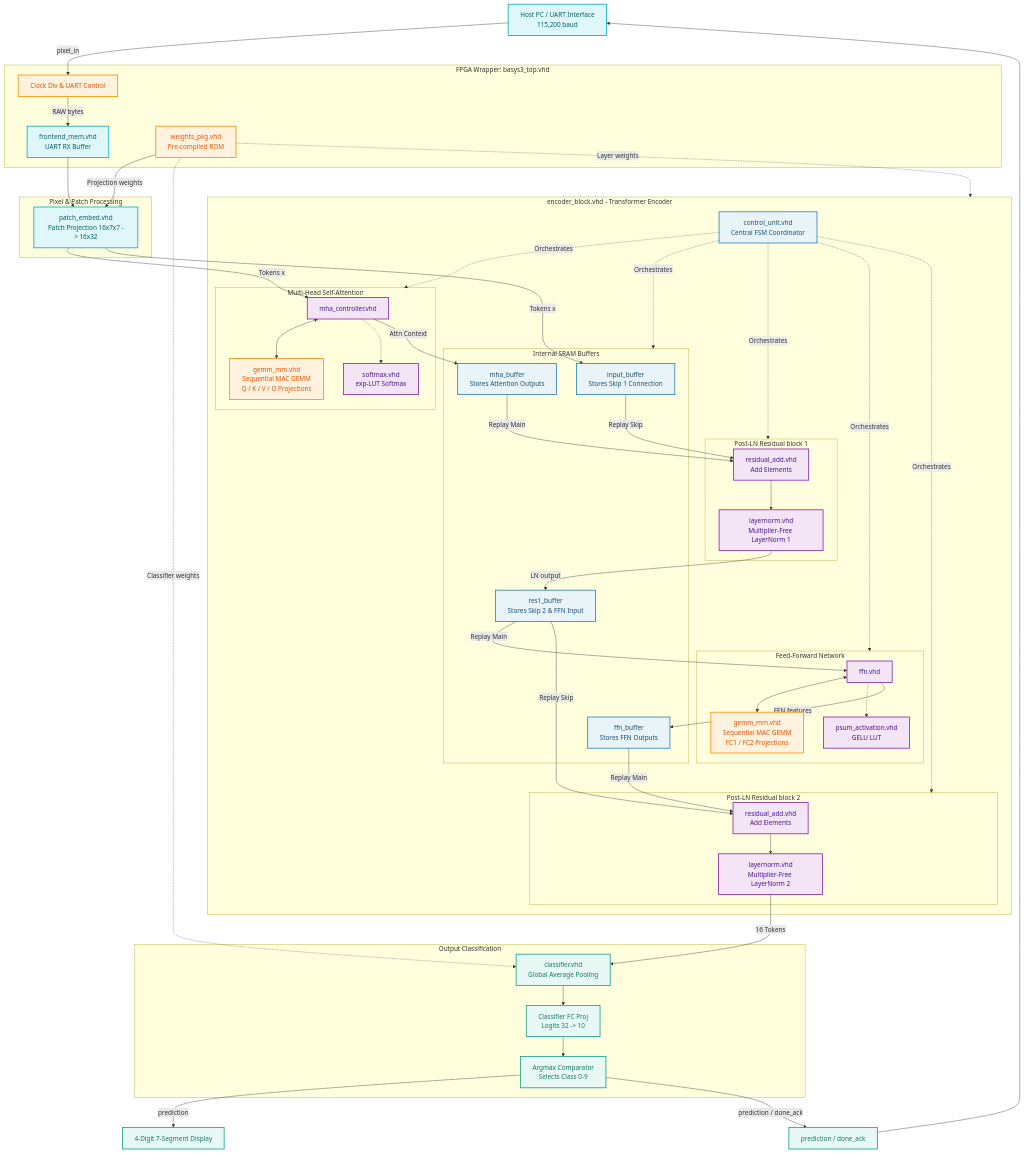
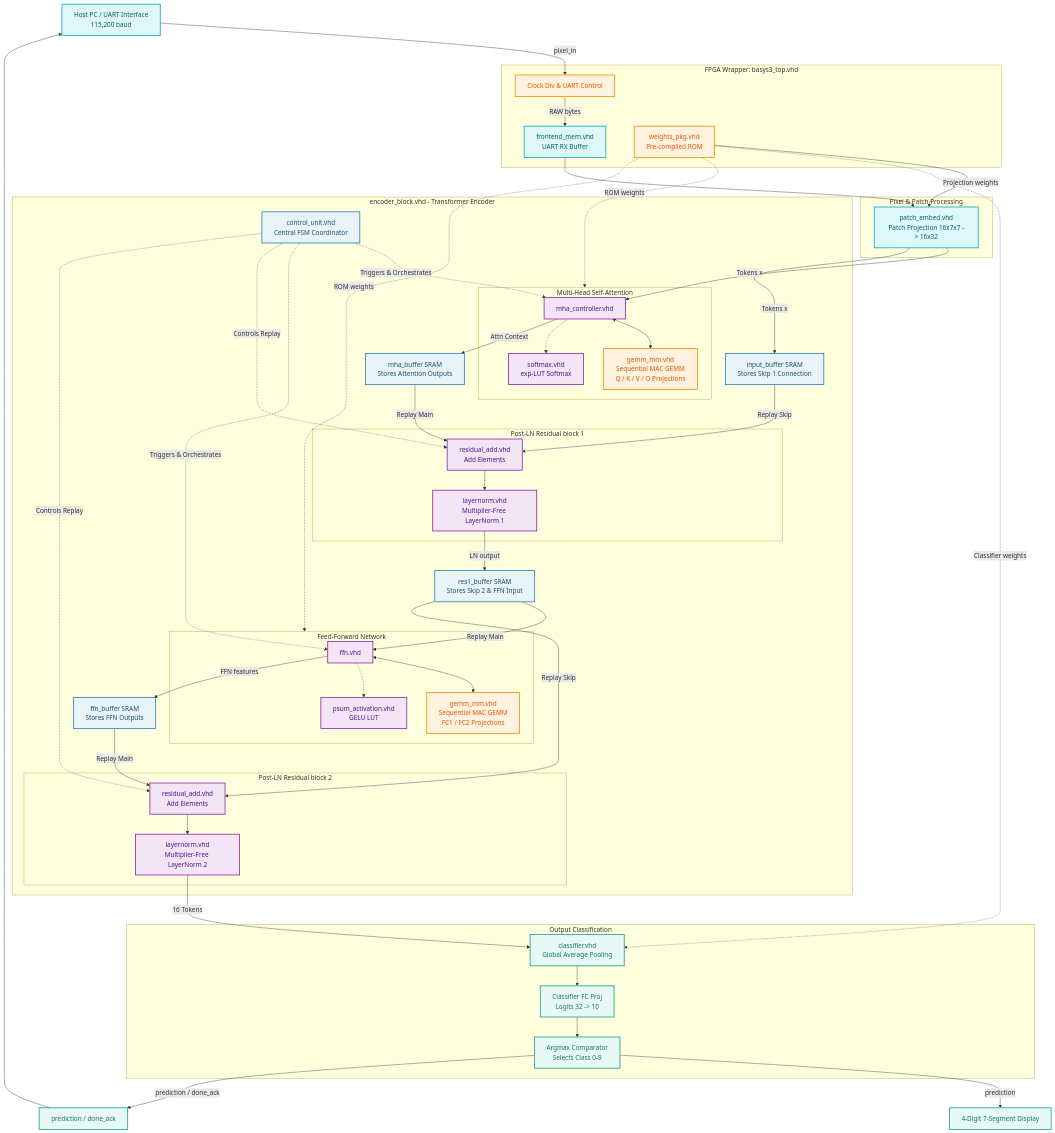
The diagram in README.md (agentzz1/transformer_poc), drawn with Mermaid before and after one commit. The commit also changed other lines of this file, not shown here.

Commit message:
docs: optimize Mermaid flowchart layout and readability

````diff
--- a/README.md
+++ b/README.md
@@ -176,35 +176,38 @@
     end
 
     subgraph Encoder [encoder_block.vhd - Transformer Encoder]
-        %% Control
+        %% Control Coordinator (positioned at the top)
         CU[control_unit.vhd<br>Central FSM Coordinator]:::blue
 
-        %% Local SRAM Buffers for data decoupling and replay
-        subgraph SRAM_Buffers [Internal SRAM Buffers]
-            input_buf[input_buffer<br>Stores Skip 1 Connection]:::blue
-            mha_buf[mha_buffer<br>Stores Attention Outputs]:::blue
-            res1_buf[res1_buffer<br>Stores Skip 2 & FFN Input]:::blue
-            ffn_buf[ffn_buffer<br>Stores FFN Outputs]:::blue
-        end
-
-        %% Sublayers
+        %% First Phase: MHA and its buffers
+        input_buf[input_buffer SRAM<br>Stores Skip 1 Connection]:::blue
+        
         subgraph MHA_Block [Multi-Head Self-Attention]
             MHA[mha_controller.vhd]:::purple
             GEMM_MM1[gemm_mm.vhd<br>Sequential MAC GEMM<br>Q / K / V / O Projections]:::orange
             Softmax[softmax.vhd<br>exp-LUT Softmax]:::purple
         end
         
+        mha_buf[mha_buffer SRAM<br>Stores Attention Outputs]:::blue
+        
+        %% Second Phase: Residual Addition & LN 1
         subgraph ResAdd_1 [Post-LN Residual block 1]
             Res1[residual_add.vhd<br>Add Elements]:::purple
             LN1[layernorm.vhd<br>Multiplier-Free LayerNorm 1]:::purple
         end
         
+        res1_buf[res1_buffer SRAM<br>Stores Skip 2 & FFN Input]:::blue
+        
+        %% Third Phase: FFN and its buffers
         subgraph FFN_Block [Feed-Forward Network]
             FFN[ffn.vhd]:::purple
             GEMM_MM2[gemm_mm.vhd<br>Sequential MAC GEMM<br>FC1 / FC2 Projections]:::orange
             GELU[psum_activation.vhd<br>GELU LUT]:::purple
         end
+        
+        ffn_buf[ffn_buffer SRAM<br>Stores FFN Outputs]:::blue
 
+        %% Fourth Phase: Residual Addition & LN 2
         subgraph ResAdd_2 [Post-LN Residual block 2]
             Res2[residual_add.vhd<br>Add Elements]:::purple
             LN2[layernorm.vhd<br>Multiplier-Free LayerNorm 2]:::purple
@@ -223,7 +226,8 @@
     FrontMem --> Embed
     
     WeightsROM -->|Projection weights| Embed
-    WeightsROM -.->|Layer weights| Encoder
+    WeightsROM -.->|ROM weights| MHA_Block
+    WeightsROM -.->|ROM weights| FFN_Block
     WeightsROM -.->|Classifier weights| Classifier
 
     %% Encoder Routing
@@ -261,10 +265,9 @@
     Argmax -->|prediction / done_ack| Ack
     Ack --> Host
 
-    %% Control Lines (conceptual)
-    CU -.->|Orchestrates| MHA_Block
-    CU -.->|Orchestrates| SRAM_Buffers
-    CU -.->|Orchestrates| ResAdd_1
-    CU -.->|Orchestrates| FFN_Block
-    CU -.->|Orchestrates| ResAdd_2
+    %% Control Lines (conceptual and clean)
+    CU -.->|Triggers & Orchestrates| MHA
+    CU -.->|Triggers & Orchestrates| FFN
+    CU -.->|Controls Replay| Res1
+    CU -.->|Controls Replay| Res2
 ```
````
